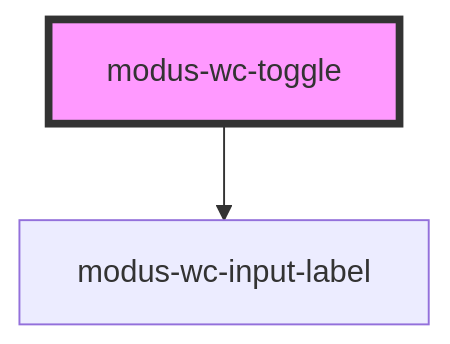
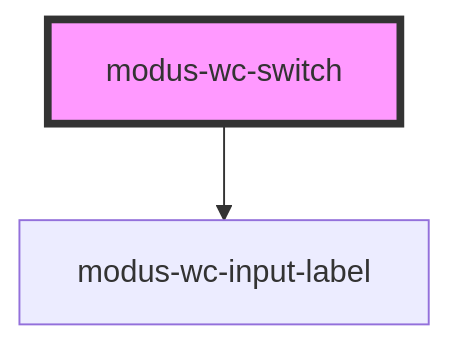
Before and after one commit to trimble-oss/modus-wc-2.0: the diagram in src/components/modus-wc-toggle/readme.md, drawn with Mermaid. The commit also changed other lines of this file and 9 other files, not shown here.

Commit message:
rename component: toggle -> switch

````diff
--- a/src/components/modus-wc-toggle/readme.md
+++ b/src/components/modus-wc-toggle/readme.md
@@ -46,5 +46,5 @@
 ```mermaid
 graph TD;
-  modus-wc-toggle --> modus-wc-input-label
-  style modus-wc-toggle fill:#f9f,stroke:#333,stroke-width:4px
+  modus-wc-switch --> modus-wc-input-label
+  style modus-wc-switch fill:#f9f,stroke:#333,stroke-width:4px
 ```
````
